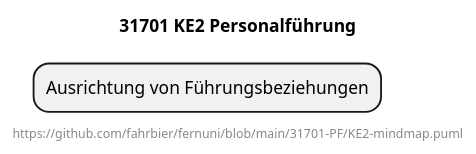
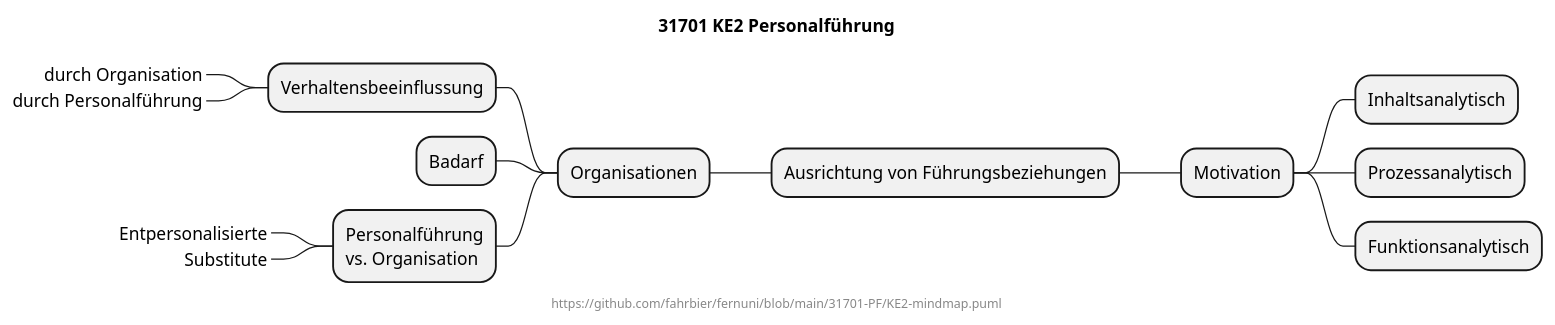
One commit to fahrbier/fernuni changed the diagram in 31701-PF/KE2-mindmap.puml. Above: the diagram before and after it, drawn with PlantUML.

```diff
--- a/31701-PF/KE2-mindmap.puml
+++ b/31701-PF/KE2-mindmap.puml
@@ -1,7 +1,27 @@
 @startmindmap
 title 31701 KE2 Personalführung
 center footer https://github.com/fahrbier/fernuni/blob/main/31701-PF/KE2-mindmap.puml
 
 + Ausrichtung von Führungsbeziehungen
 
+-- Organisationen
+--- Verhaltensbeeinflussung
+----_ durch Organisation
+----_ durch Personalführung
+
+--- Badarf
+
+--- Personalführung\nvs. Organisation
+----_ Entpersonalisierte
+----_ Substitute
+
+++ Motivation
+
++++ Inhaltsanalytisch
+
++++ Prozessanalytisch
+
++++ Funktionsanalytisch
+
+
 @endmindmap
```
